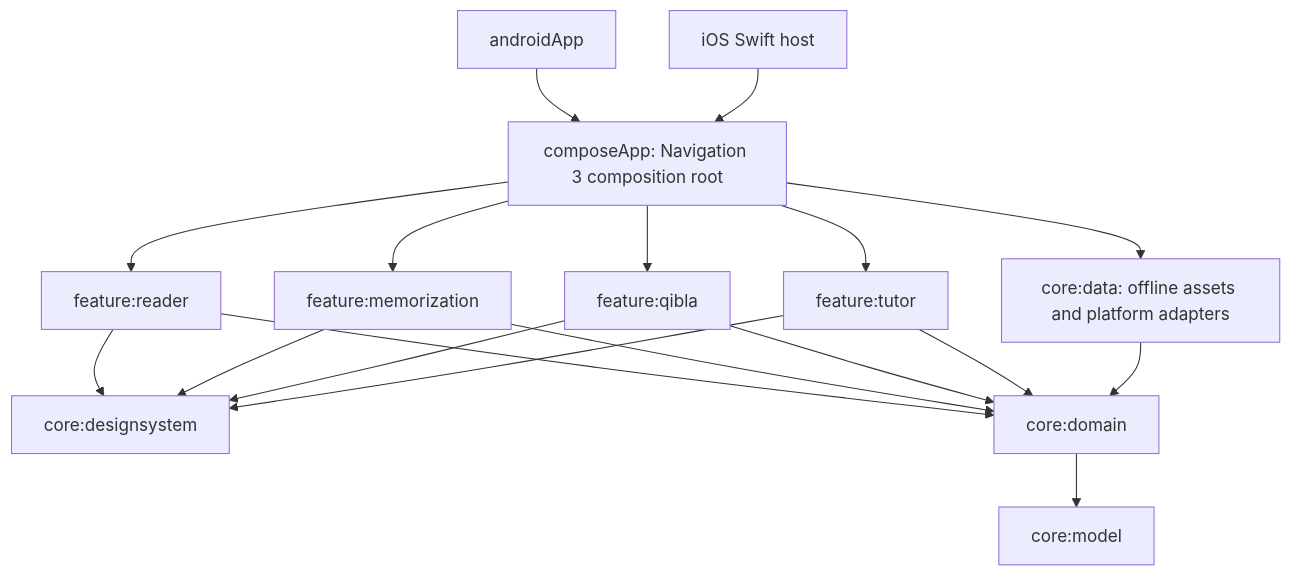
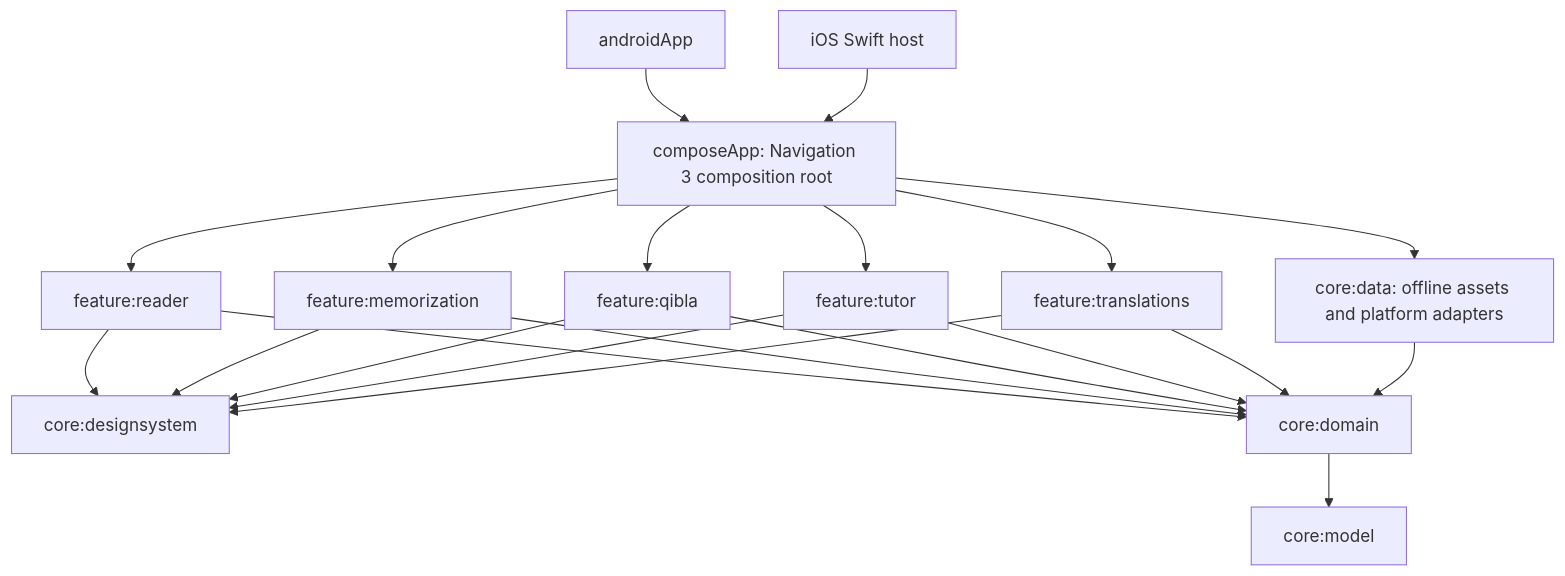
The diagram in multiplatform/docs/architecture.md (quran/quran_android), drawn with Mermaid before and after one commit. The commit also changed other lines of this file and 69 other files, not shown here.

````diff
--- a/multiplatform/docs/architecture.md
+++ b/multiplatform/docs/architecture.md
@@ -5,14 +5,17 @@
 ```mermaid
 flowchart TD
  Android[androidApp] --> App[composeApp: Navigation 3 composition root]
  IOS[iOS Swift host] --> App
  App --> Reader[feature:reader]
  App --> Study[feature:memorization]
  App --> Qibla[feature:qibla]
- App --> Learn[feature:tutor]
+App --> Learn[feature:tutor]
+ App --> Translations[feature:translations]
  App --> Data[core:data: offline assets and platform adapters]
- Reader & Study & Qibla & Learn --> Design[core:designsystem]
- Reader & Study & Qibla & Learn --> Domain[core:domain]
+Reader & Study & Qibla & Learn --> Design[core:designsystem]
+Translations --> Design
+Reader & Study & Qibla & Learn --> Domain[core:domain]
+Translations --> Domain
  Data --> Domain
  Domain --> Model[core:model]
 ```
````
